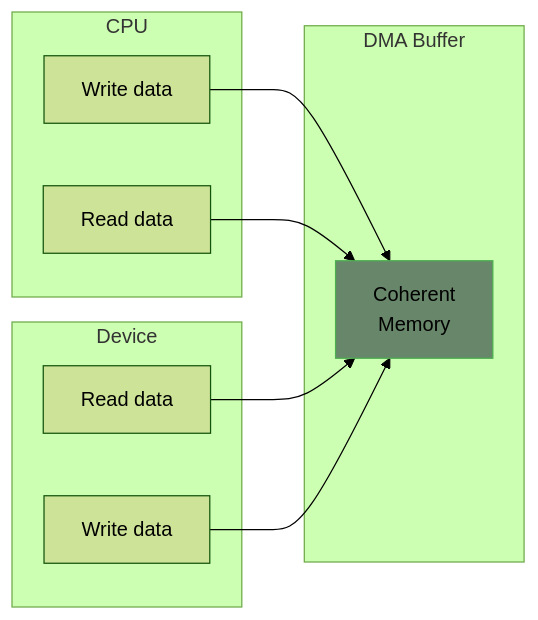
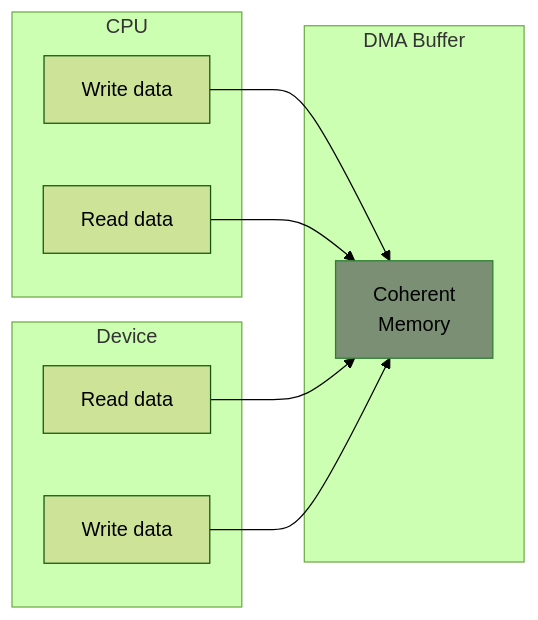
The diagram in part5/05-dma-coherent.md (MichaelTien8901/linux-driver-guide-tutorial), drawn with Mermaid (forest theme) before and after one commit. The commit also changed 36 other files, not shown here.

Commit message:
Fix mermaid diagram colors to use consistent paper-like theme

````diff
--- a/part5/05-dma-coherent.md
+++ b/part5/05-dma-coherent.md
@@ -14,23 +14,23 @@
 ```mermaid
 flowchart LR
     subgraph CPU["CPU"]
         Write["Write data"]
         Read["Read data"]
     end
 
     subgraph Memory["DMA Buffer"]
         Buf["Coherent<br/>Memory"]
     end
 
     subgraph Device["Device"]
         DevRead["Read data"]
         DevWrite["Write data"]
     end
 
     Write --> Buf
     Read --> Buf
     DevRead --> Buf
     DevWrite --> Buf
 
-    style Buf fill:#688669,stroke:#4caf50
+    style Buf fill:#7a8f73,stroke:#2e7d32
 ```
````
